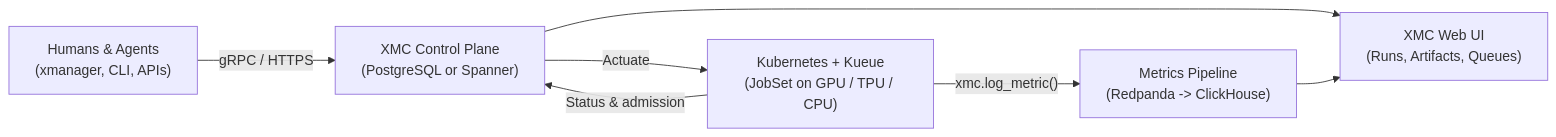
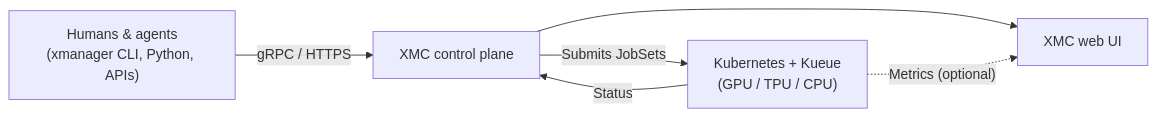
Before and after one commit to google/xmc: the diagram in README.md, drawn with Mermaid. The commit also changed other lines of this file, not shown here.

````diff
--- a/README.md
+++ b/README.md
@@ -36,9 +22,8 @@
 ```mermaid
 flowchart LR
-    Client["Humans & Agents<br/>(xmanager, CLI, APIs)"] -->|"gRPC / HTTPS"| CP["XMC Control Plane<br/>(PostgreSQL or Spanner)"]
-    CP -->|"Actuate"| K8s["Kubernetes + Kueue<br/>(JobSet on GPU / TPU / CPU)"]
-    K8s -->|"Status & admission"| CP
-    K8s -->|"xmc.log_metric()"| Metrics["Metrics Pipeline<br/>(Redpanda -> ClickHouse)"]
-    CP --> UI["XMC Web UI<br/>(Runs, Artifacts, Queues)"]
-    Metrics --> UI
+    Client["Humans & agents<br/>(xmanager CLI, Python, APIs)"] -->|"gRPC / HTTPS"| CP["XMC control plane"]
+    CP -->|"Submits JobSets"| K8s["Kubernetes + Kueue<br/>(GPU / TPU / CPU)"]
+    K8s -->|"Status"| CP
+    CP --> UI["XMC web UI"]
+    K8s -.->|"Metrics (optional)"| UI
 ```
````
